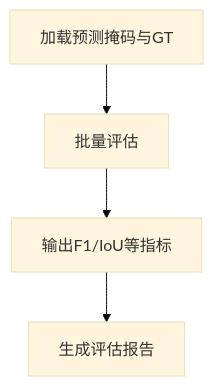
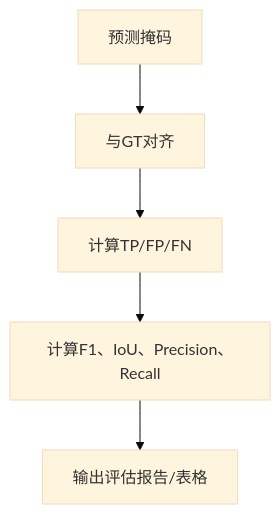
One commit to 666666666666gao/1 changed the second of 3 diagrams in README.md. Above: the diagram before and after it, drawn with Mermaid (base theme). The commit also changed other lines of this file, not shown here.

````diff
--- a/README.md
+++ b/README.md
@@ -81,6 +99,7 @@
 ```mermaid
 graph TD
-    A[加载预测掩码与GT] --> B[批量评估]
-    B --> C[输出F1/IoU等指标]
-    C --> D[生成评估报告]
+    A[预测掩码] --> B[与GT对齐]
+    B --> C[计算TP/FP/FN]
+    C --> D[计算F1、IoU、Precision、Recall]
+    D --> E[输出评估报告/表格]
 ```
````
